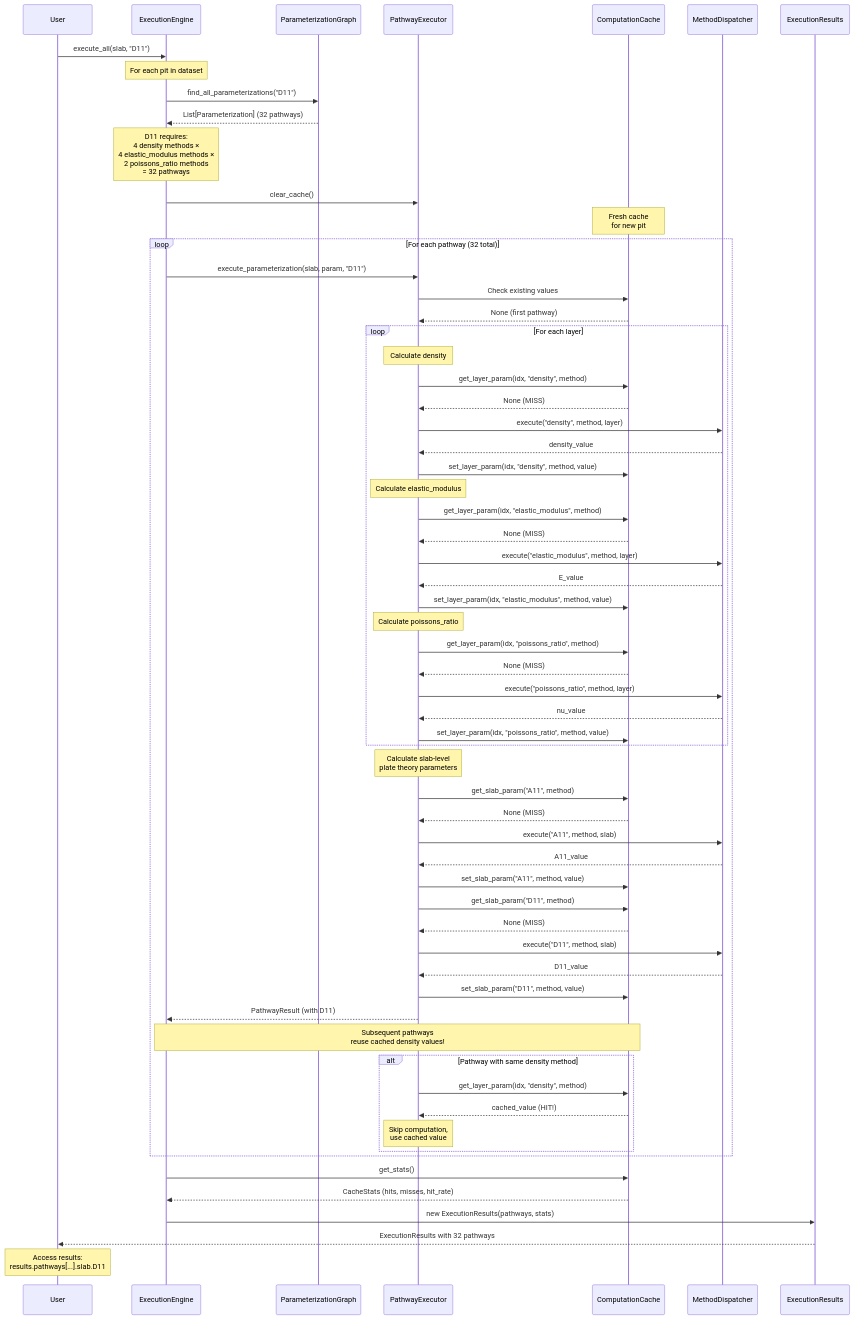
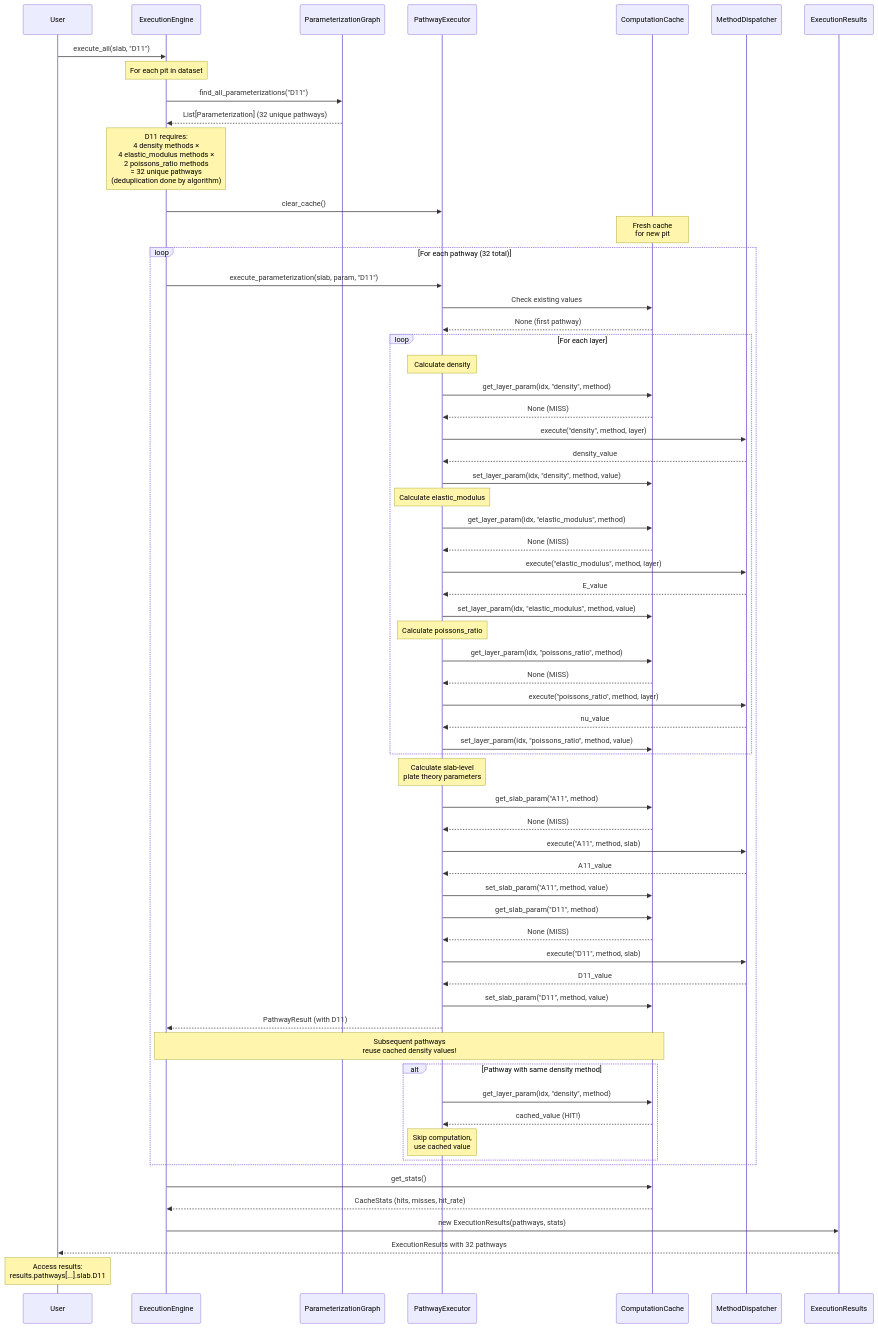
The third of 7 diagrams in docs/execution_engine.md (connellymk/SnowPyt-MechParams), drawn with Mermaid before and after one commit. The commit also changed other lines of this file and 11 other files, not shown here.

Commit message:
update srivastava input in graph

```diff
--- a/docs/execution_engine.md
+++ b/docs/execution_engine.md
@@ -228,9 +228,9 @@
     Note over Engine: For each pit in dataset
     
     Engine->>Graph: find_all_parameterizations("D11")
-    Graph-->>Engine: List[Parameterization] (32 pathways)
+    Graph-->>Engine: List[Parameterization] (32 unique pathways)
     
-    Note over Engine: D11 requires:<br/>4 density methods ×<br/>4 elastic_modulus methods ×<br/>2 poissons_ratio methods<br/>= 32 pathways
+    Note over Engine: D11 requires:<br/>4 density methods ×<br/>4 elastic_modulus methods ×<br/>2 poissons_ratio methods<br/>= 32 unique pathways<br/>(deduplication done by algorithm)
     
     Engine->>Executor: clear_cache()
     Note over Cache: Fresh cache<br/>for new pit
```
